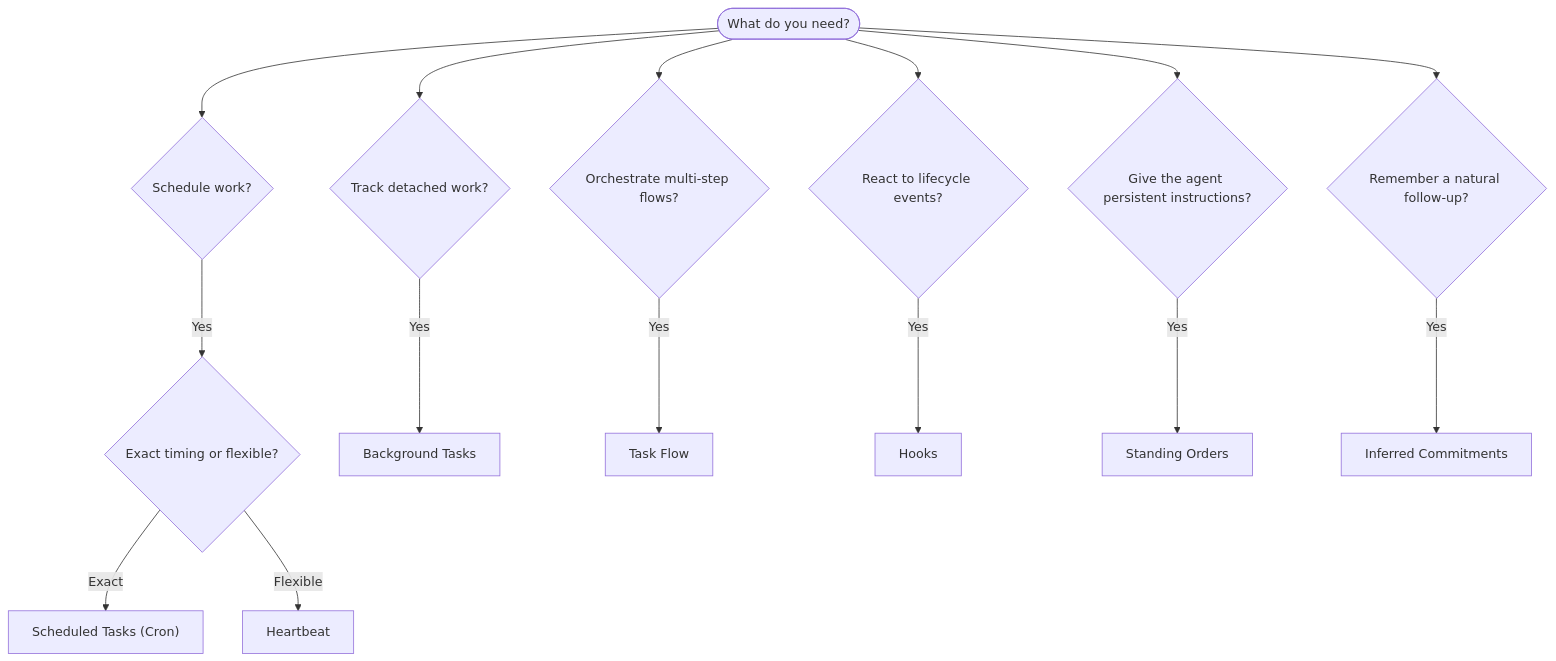
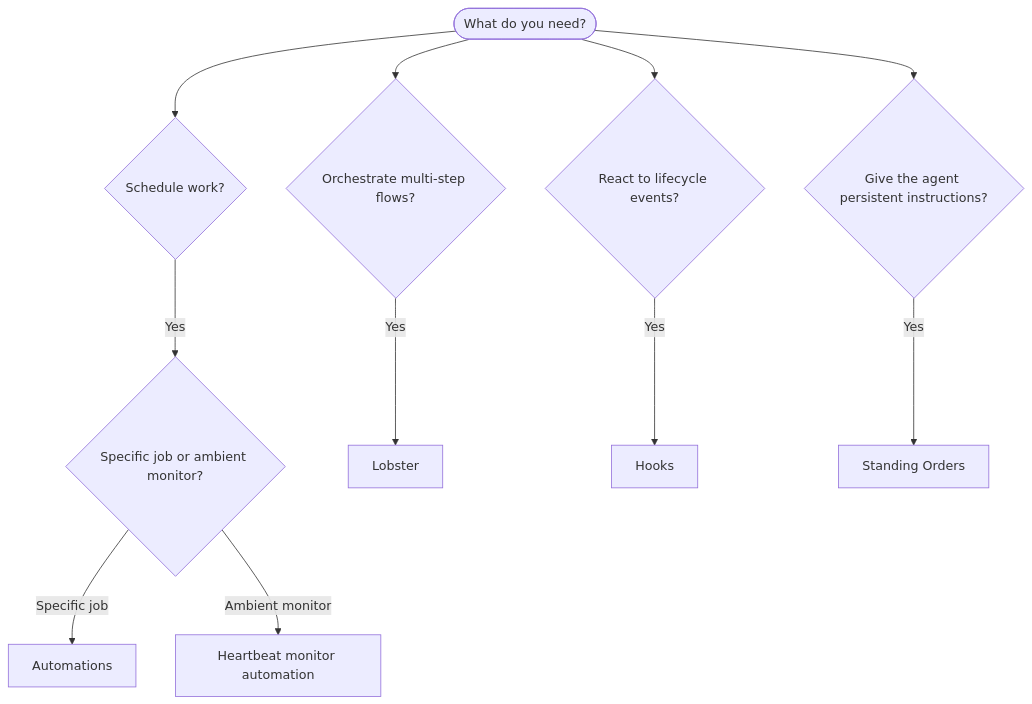
One commit to Ciward/CiwardClaw changed the diagram in docs/automation/index.md. Above: the diagram before and after it, drawn with Mermaid. The commit also changed other lines of this file and 54419 other files, not shown here.

````diff
--- a/docs/automation/index.md
+++ b/docs/automation/index.md
@@ -17,19 +16,15 @@
 ```mermaid
 flowchart TD
     START([What do you need?]) --> Q1{Schedule work?}
-    START --> Q2{Track detached work?}
     START --> Q3{Orchestrate multi-step flows?}
     START --> Q4{React to lifecycle events?}
     START --> Q5{Give the agent persistent instructions?}
-    START --> Q6{Remember a natural follow-up?}
 
-    Q1 -->|Yes| Q1a{Exact timing or flexible?}
-    Q1a -->|Exact| CRON["Scheduled Tasks (Cron)"]
-    Q1a -->|Flexible| HEARTBEAT[Heartbeat]
+    Q1 -->|Yes| Q1a{Specific job or ambient monitor?}
+    Q1a -->|Specific job| CRON["Automations"]
+    Q1a -->|Ambient monitor| HEARTBEAT["Heartbeat monitor automation"]
 
-    Q2 -->|Yes| TASKS[Background Tasks]
-    Q3 -->|Yes| FLOW[Task Flow]
+    Q3 -->|Yes| FLOW[Lobster]
     Q4 -->|Yes| HOOKS[Hooks]
     Q5 -->|Yes| SO[Standing Orders]
-    Q6 -->|Yes| COMMITMENTS[Inferred Commitments]
 ```
````
